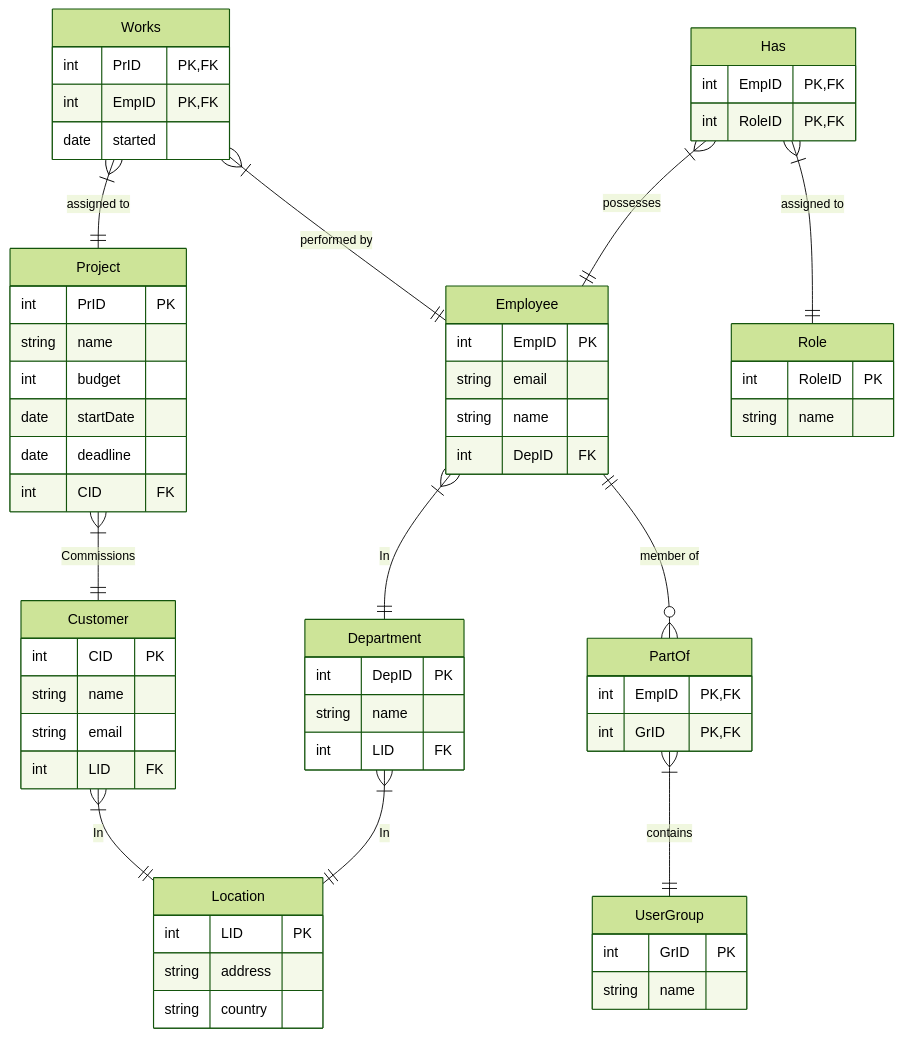
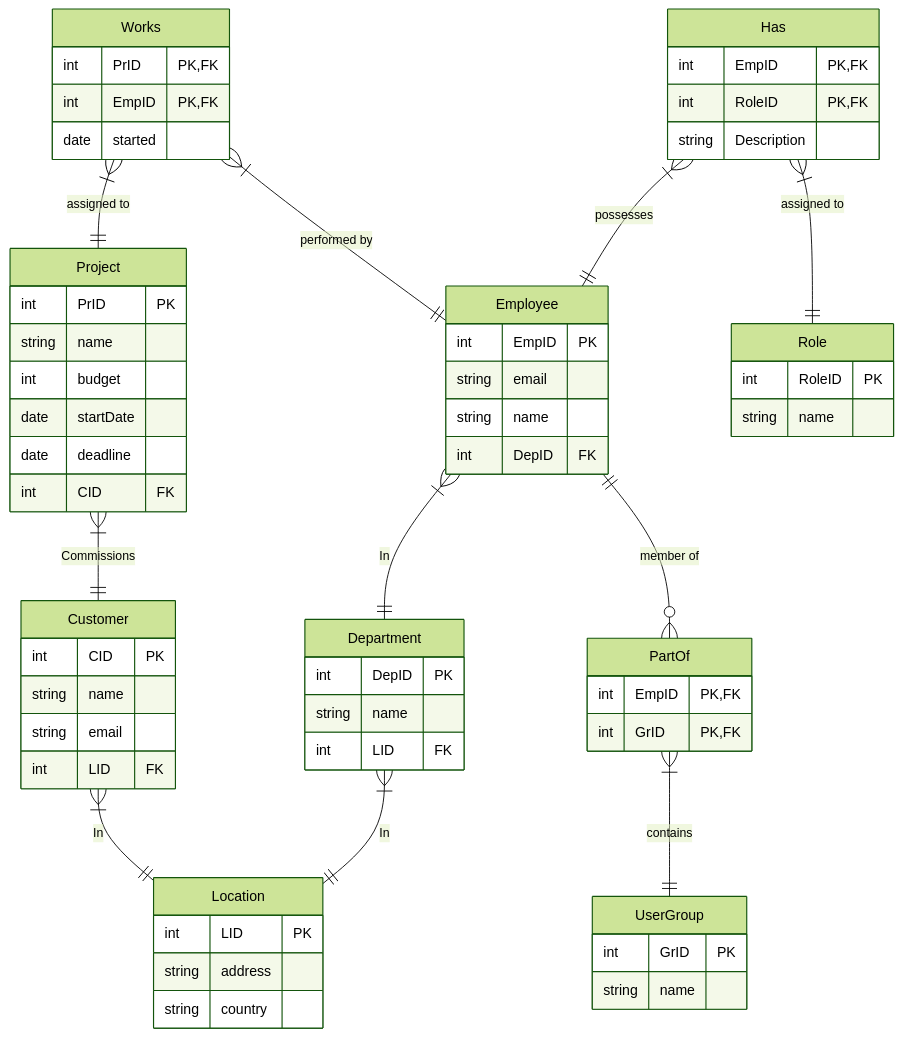
One commit to ivanpudin/dsm-project changed the diagram in bidi_erDiagram.md. Above: the diagram before and after it, drawn with Mermaid (forest theme).

Commit message:
add 'Description' attribute for 'Has' relation

````diff
--- a/bidi_erDiagram.md
+++ b/bidi_erDiagram.md
@@ -1,78 +1,79 @@
 ```mermaid
 erDiagram
     
     Project {
         int PrID PK
         string name
         int budget
         date startDate
         date deadline
         int CID FK
     }
 
     Customer {
         int CID PK
         string name
         string email
         int LID FK
     }
 
     Location {
         int LID PK
         string address
         string country
     }
 
     Department {
         int DepID PK
         string name
         int LID FK
     }
 
     Employee {
         int EmpID PK
         string email
         string name
         int DepID FK
     }
 
     Role {
         int RoleID PK
         string name
     }
 
     UserGroup {
         int GrID PK
         string name
     }
 
     Works {
         int PrID PK, FK
         int EmpID PK, FK
         date started
     }
 
     PartOf {
         int EmpID PK, FK
         int GrID PK, FK
     }
 
     Has {
         int EmpID PK, FK
         int RoleID PK, FK
+        string Description
     }
 
     Project }|--|| Customer : "Commissions"
     Employee }|--|| Department : "In"
     Department }|--|| Location: "In"
     Customer }|--|| Location : "In"
 
     Works }|--|| Project : "assigned to"
     Works }|--|| Employee : "performed by"
     
     Employee ||--o{ PartOf : "member of"
     PartOf }|--|| UserGroup : "contains"
     
     Has }|--|| Employee : "possesses"
     Has }|--|| Role : "assigned to"
 ```
````
